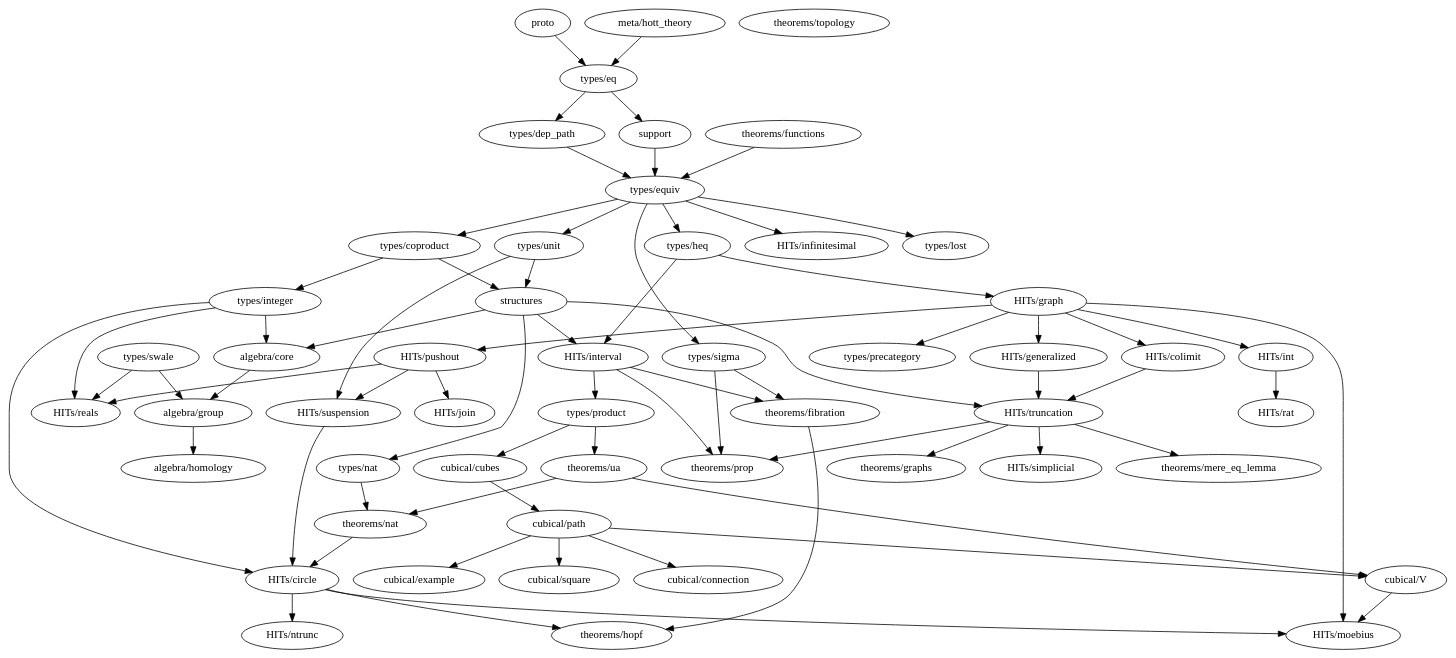
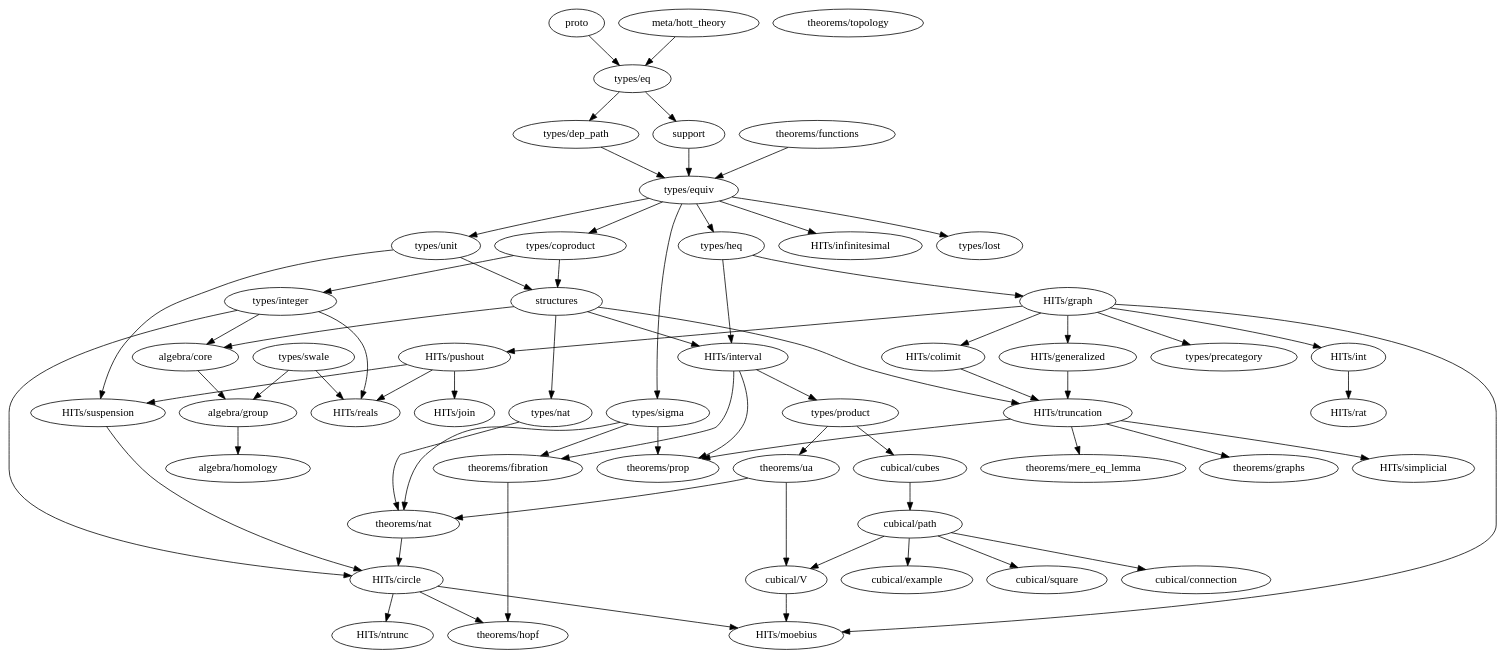
One commit to forked-from-1kasper/ground_zero changed the diagram in dependency_map.gv. Above: the diagram before and after it, drawn with Graphviz. The commit also changed 5 other files, not shown here.

```diff
--- a/dependency_map.gv
+++ b/dependency_map.gv
@@ -1,107 +1,107 @@
 digraph dependency_map {
   proto -> "types/eq"
   "meta/hott_theory" -> "types/eq"
   support -> "types/equiv"
   structures -> {
     "HITs/interval",
     "HITs/truncation",
     "algebra/core",
     "types/nat"
   }
 
   subgraph algebra {
     "algebra/core" -> "algebra/group"
     "algebra/group" -> "algebra/homology"
     "algebra/homology"
   }
 
   subgraph types {
     "types/coproduct" -> { "types/integer", structures }
     "types/dep_path" -> "types/equiv"
     "types/eq" -> { "types/dep_path", support }
     "types/equiv" -> {
       "types/heq",
       "HITs/infinitesimal",
       "types/coproduct",
       "types/lost",
       "types/unit",
       "types/sigma"
     }
     "types/heq" -> {
       "HITs/interval",
       "HITs/graph"
     }
     "types/integer" -> { "HITs/circle", "HITs/reals", "algebra/core" }
     "types/lost"
     "types/nat" -> { "theorems/nat" }
     "types/product" -> { "cubical/cubes", "theorems/ua" }
-    "types/sigma" -> { "theorems/fibration", "theorems/prop" }
+    "types/sigma" -> { "theorems/fibration", "theorems/prop", "theorems/nat" }
     "types/swale" -> { "HITs/reals", "algebra/group" }
     "types/unit" -> { structures, "HITs/suspension" }
   }
 
   subgraph HITs {
     "HITs/circle" -> { "HITs/ntrunc", "theorems/hopf", "HITs/moebius" }
     "HITs/colimit" -> "HITs/truncation"
     "HITs/generalized" -> "HITs/truncation"
     "HITs/graph" -> {
       "HITs/colimit",
       "HITs/generalized",
       "HITs/int",
       "HITs/pushout",
       "HITs/moebius",
       "types/precategory"
     }
     "HITs/infinitesimal"
     "HITs/int" -> "HITs/rat"
     "HITs/interval" -> {
       "types/product",
       "theorems/prop",
       "theorems/fibration"
     }
     "HITs/join"
     "HITs/moebius"
     "HITs/ntrunc"
     "HITs/pushout" -> {
       "HITs/join",
       "HITs/reals",
       "HITs/suspension"
     }
     "HITs/rat"
     "HITs/reals"
     "HITs/simplicial"
     "HITs/suspension" -> "HITs/circle"
     "HITs/truncation" -> {
       "theorems/mere_eq_lemma",
       "theorems/prop",
       "theorems/graphs",
       "HITs/simplicial"
     }
   }
 
   subgraph cubical {
     "cubical/connection"
     "cubical/cubes" -> "cubical/path"
     "cubical/example"
     "cubical/path" -> {
       "cubical/square",
       "cubical/example",
       "cubical/V",
       "cubical/connection"
     }
     "cubical/square"
     "cubical/V" -> "HITs/moebius"
   }
 
   subgraph theorems {
     "theorems/fibration" -> { "theorems/hopf" }
     "theorems/functions" -> { "types/equiv" }
     "theorems/graphs"
     "theorems/hopf"
     "theorems/mere_eq_lemma"
     "theorems/nat" -> { "HITs/circle" }
     "theorems/prop"
     "theorems/topology"
     "theorems/ua" -> { "theorems/nat", "cubical/V" }
   }
 }
```
